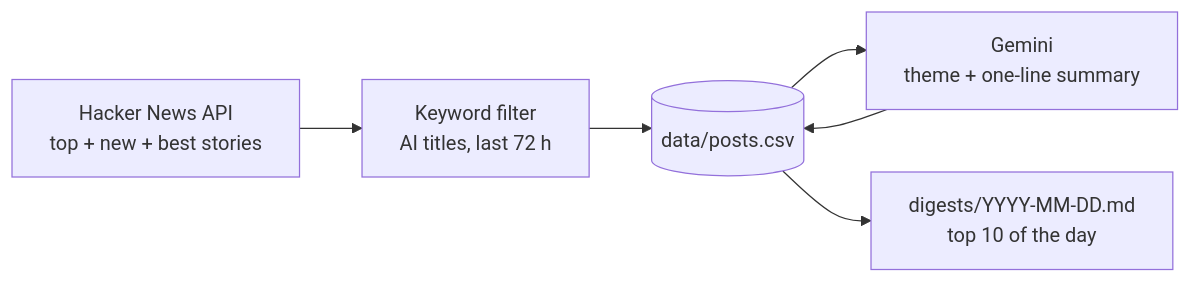
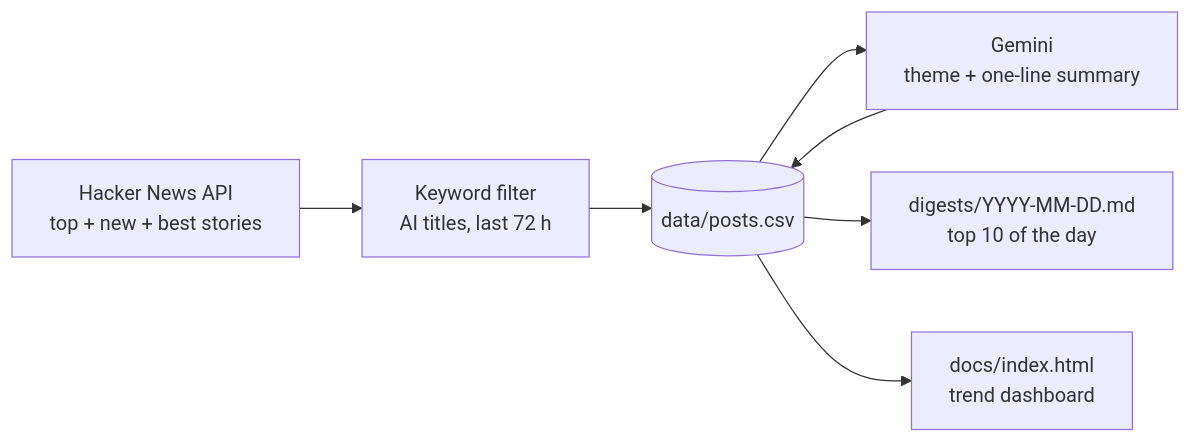
Before and after one commit to Osceti/ai-news-radar: the diagram in README.md, drawn with Mermaid. The commit also changed other lines of this file and 13 other files, not shown here.

First line of the commit message:
feat: trend notebook and a static HTML dashboard rebuilt daily

````diff
--- a/README.md
+++ b/README.md
@@ -24,8 +26,9 @@
 ```mermaid
 flowchart LR
     A["Hacker News API<br/>top + new + best stories"] --> B["Keyword filter<br/>AI titles, last 72 h"]
     B --> C[("data/posts.csv")]
     C --> D["Gemini<br/>theme + one-line summary"]
     D --> C
     C --> E["digests/YYYY-MM-DD.md<br/>top 10 of the day"]
+    C --> F["docs/index.html<br/>trend dashboard"]
 ```
````
